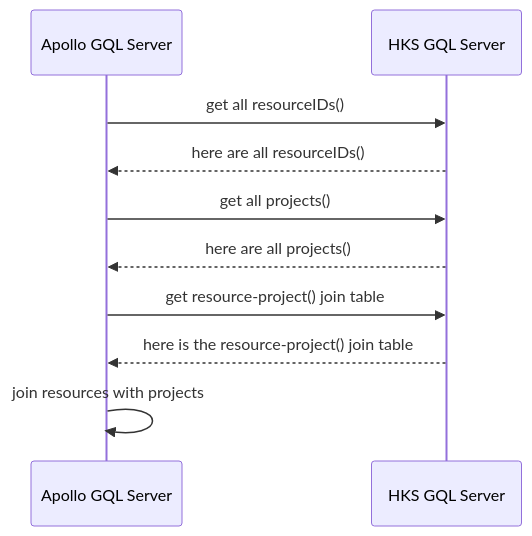
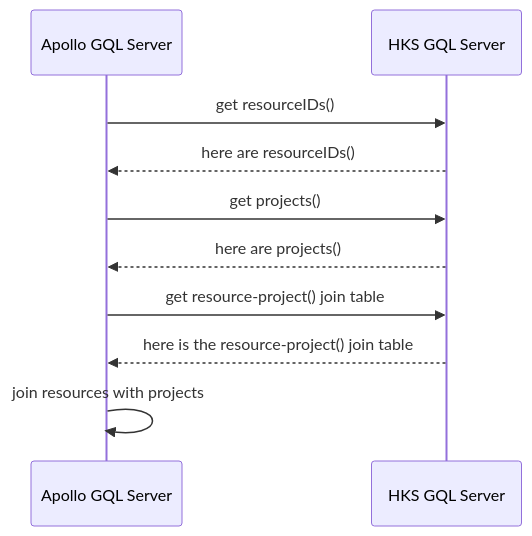
One commit to taylorhahn27/arch-docs changed the second of 3 diagrams in data-flow/all-data-flow.md. Above: the diagram before and after it, drawn with Mermaid. The commit also changed other lines of this file and 3 other files, not shown here.

````diff
--- a/data-flow/all-data-flow.md
+++ b/data-flow/all-data-flow.md
@@ -19,10 +19,10 @@
 ```mermaid
 sequenceDiagram
-    Apollo GQL Server->>HKS GQL Server: get all resourceIDs()
-    HKS GQL Server-->>Apollo GQL Server: here are all resourceIDs()
-    Apollo GQL Server->>HKS GQL Server: get all projects()
-    HKS GQL Server-->>Apollo GQL Server: here are all projects()
+    Apollo GQL Server->>HKS GQL Server: get resourceIDs()
+    HKS GQL Server-->>Apollo GQL Server: here are resourceIDs()
+    Apollo GQL Server->>HKS GQL Server: get projects()
+    HKS GQL Server-->>Apollo GQL Server: here are projects()
     Apollo GQL Server->>HKS GQL Server: get resource-project() join table
     HKS GQL Server-->>Apollo GQL Server: here is the resource-project() join table
     Apollo GQL Server->>Apollo GQL Server: join resources with projects
 ```
````
